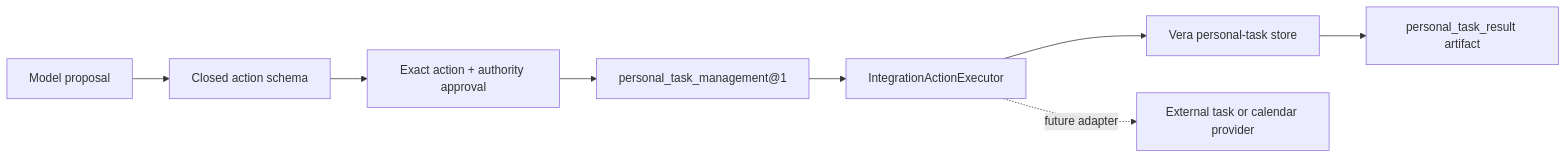
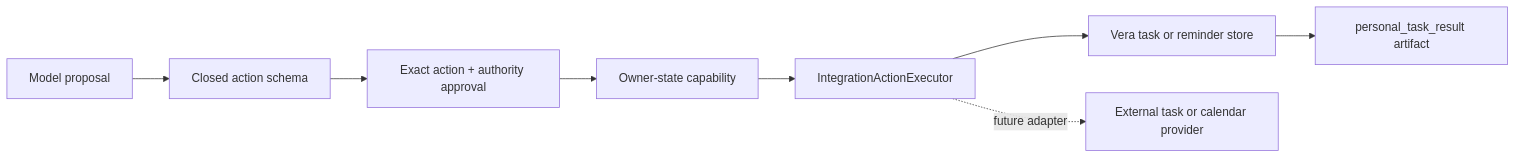
The fourth of 9 diagrams in docs/capability-model.md (4romgod/vera), drawn with Mermaid before and after one commit. The commit also changed other lines of this file and 58 other files, not shown here.

````diff
--- a/docs/capability-model.md
+++ b/docs/capability-model.md
@@ -212,10 +212,10 @@
 ```mermaid
 flowchart LR
     MODEL["Model proposal"] --> VALIDATE["Closed action schema"]
     VALIDATE --> APPROVAL["Exact action + authority approval"]
-    APPROVAL --> CAP["personal_task_management@1"]
+    APPROVAL --> CAP["Owner-state capability"]
     CAP --> PORT["IntegrationActionExecutor"]
-    PORT --> LOCAL["Vera personal-task store"]
+    PORT --> LOCAL["Vera task or reminder store"]
     PORT -. "future adapter" .-> REMOTE["External task or calendar provider"]
     LOCAL --> ART["personal_task_result artifact"]
 ```
````
